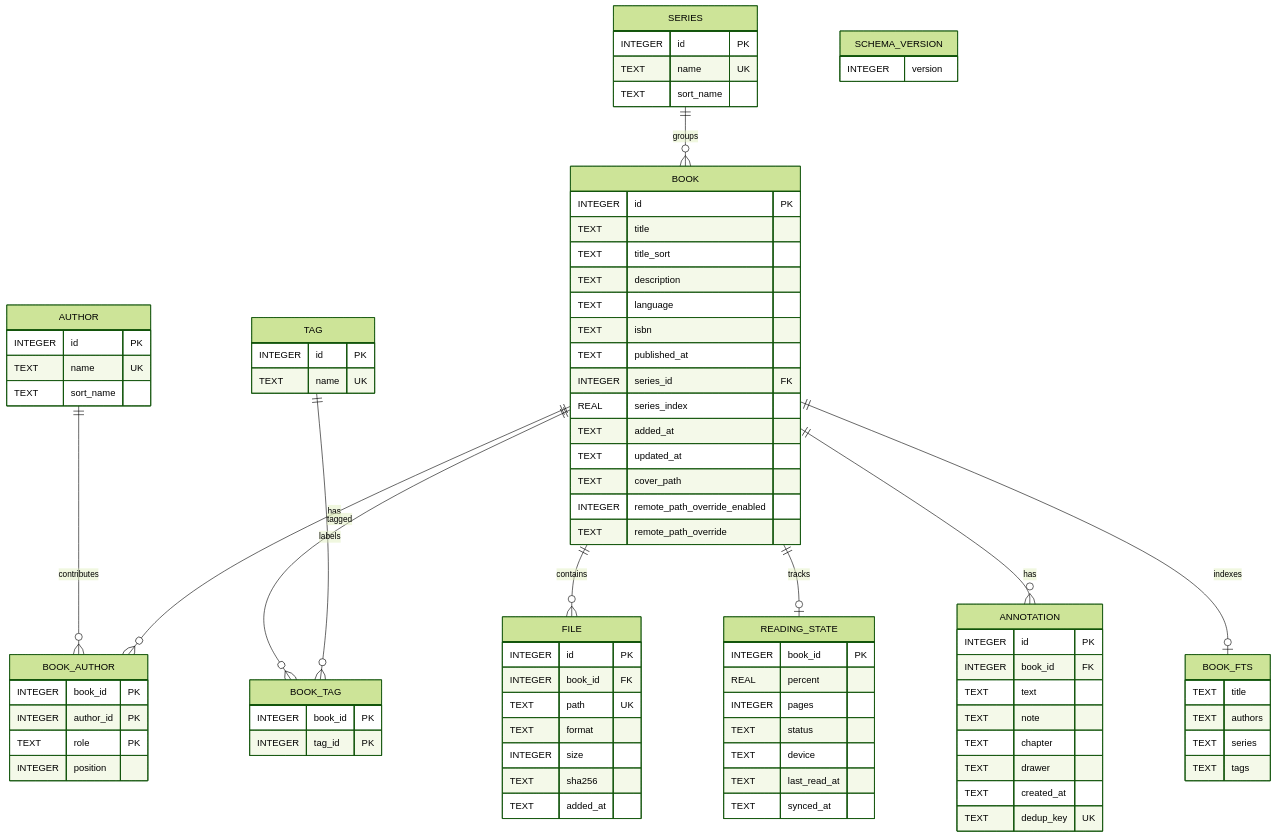
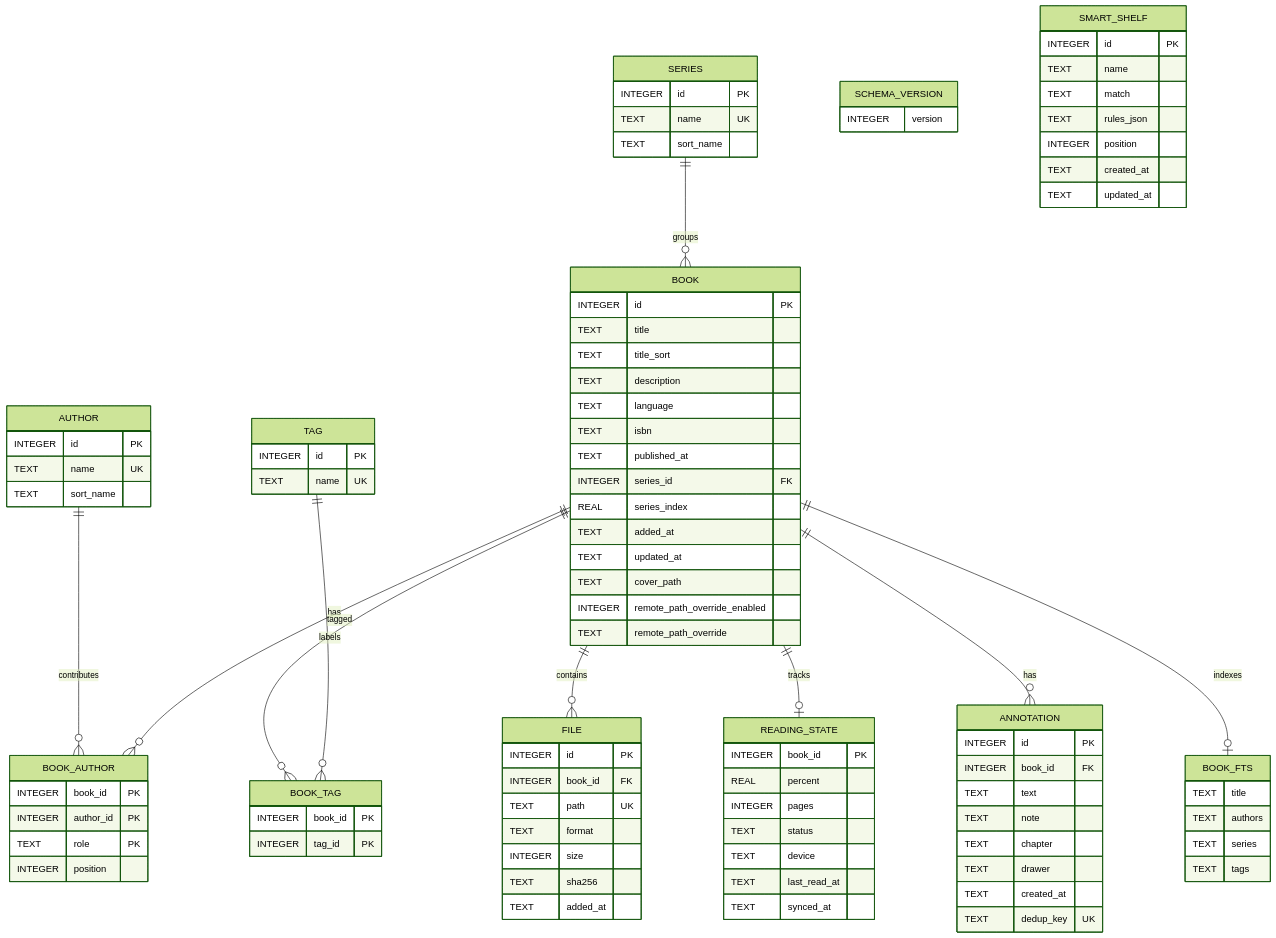
Before and after one commit to agrison/reliure: the diagram in DB.md, drawn with Mermaid (forest theme). The commit also changed other lines of this file and 21 other files, not shown here.

First line of the commit message:
Added dynamic smart shelves with JSON-based rule evaluation and Calibre integration

````diff
--- a/DB.md
+++ b/DB.md
@@ -133,4 +133,14 @@
     SCHEMA_VERSION {
         INTEGER version
     }
+
+    SMART_SHELF {
+        INTEGER id PK
+        TEXT name
+        TEXT match
+        TEXT rules_json
+        INTEGER position
+        TEXT created_at
+        TEXT updated_at
+    }
 ```
````
